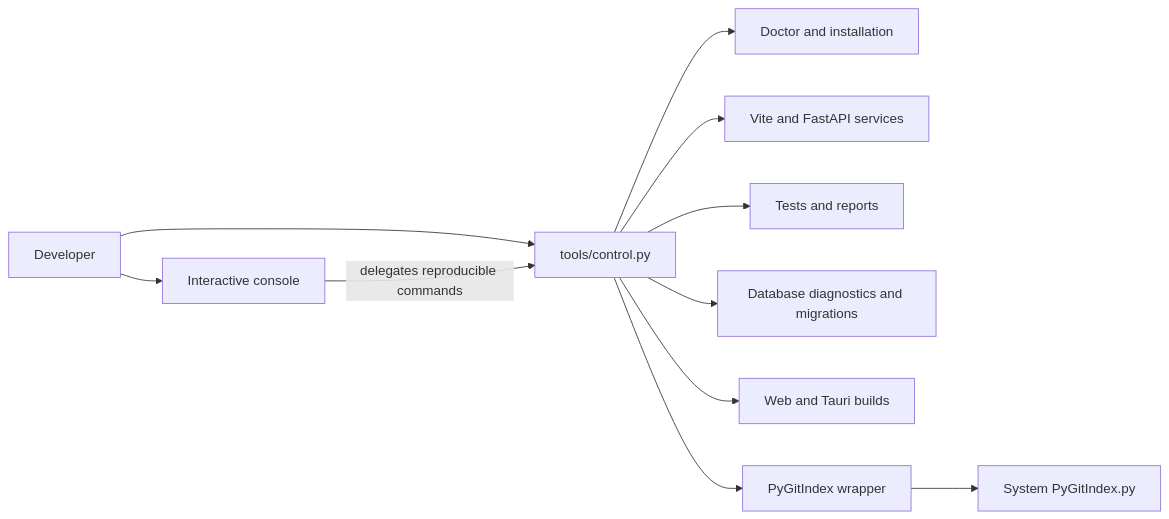
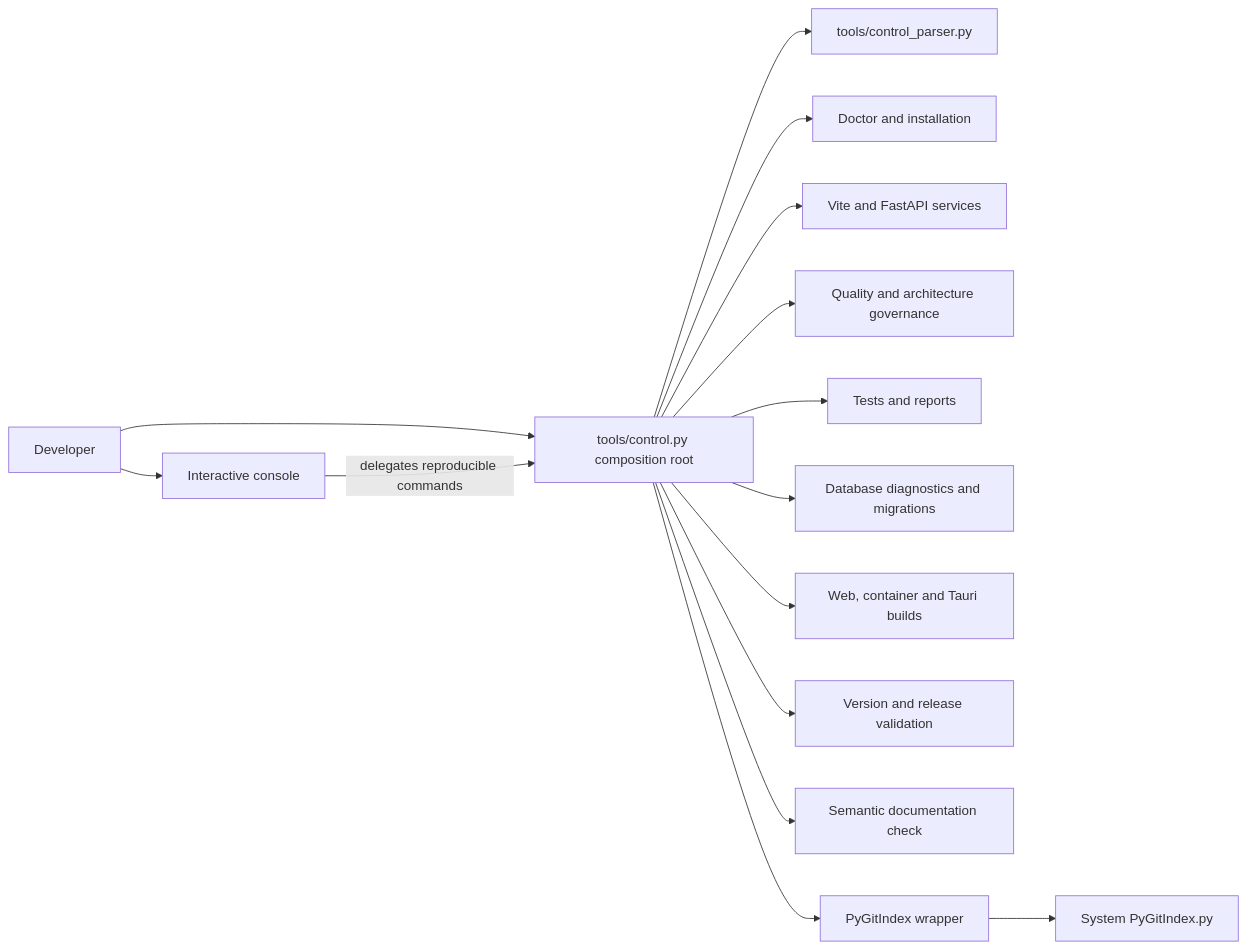
One commit to kleiveist/Template-Projekte changed the sixth of 8 diagrams in docs/def/architecture.md. Above: the diagram before and after it, drawn with Mermaid. The commit also changed other lines of this file and 181 other files, not shown here.

````diff
--- a/docs/def/architecture.md
+++ b/docs/def/architecture.md
@@ -213,24 +214,32 @@
 ```mermaid
 flowchart LR
     Developer[Developer]
     Console[Interactive console]
-    CLI[tools/control.py]
+    CLI[tools/control.py composition root]
+    Parser[tools/control_parser.py]
     Environment[Doctor and installation]
     Services[Vite and FastAPI services]
-    Quality[Tests and reports]
+    Governance[Quality and architecture governance]
+    Tests[Tests and reports]
     Database[Database diagnostics and migrations]
-    Releases[Web and Tauri builds]
-    Docs[PyGitIndex wrapper]
+    Builds[Web, container and Tauri builds]
+    Delivery[Version and release validation]
+    DocsCheck[Semantic documentation check]
+    DocsIndex[PyGitIndex wrapper]
     SystemIndex[System PyGitIndex.py]
 
     Developer --> CLI
     Developer --> Console
     Console -->|delegates reproducible commands| CLI
+    CLI --> Parser
     CLI --> Environment
     CLI --> Services
-    CLI --> Quality
+    CLI --> Governance
+    CLI --> Tests
     CLI --> Database
-    CLI --> Releases
-    CLI --> Docs
-    Docs --> SystemIndex
+    CLI --> Builds
+    CLI --> Delivery
+    CLI --> DocsCheck
+    CLI --> DocsIndex
+    DocsIndex --> SystemIndex
 ```
````
